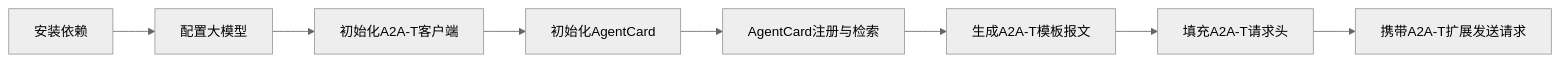
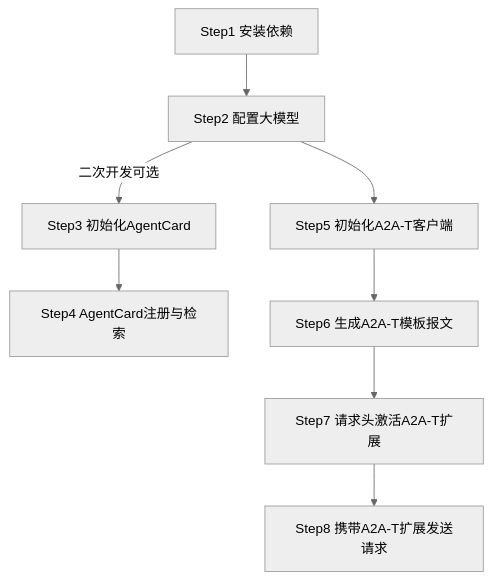
Before and after one commit to project-openan/a2a-t-sdk-python: the third of 4 diagrams in docs/zh/开发指南.md, drawn with Mermaid (neutral theme). The commit also changed other lines of this file and 22 other files, not shown here.

````diff
--- a/docs/zh/开发指南.md
+++ b/docs/zh/开发指南.md
@@ -342,4 +252,17 @@
 ```mermaid
-flowchart LR
-    安装依赖 --> 配置大模型 --> 初始化A2A-T客户端  --> 初始化AgentCard --> AgentCard注册与检索 --> 生成A2A-T模板报文 --> 填充A2A-T请求头 --> 携带A2A-T扩展发送请求
+flowchart TD
+        Step1["Step1 安装依赖"] -->
+        Step2["Step2 配置大模型"]
+        
+    Step2 -- 二次开发可选 --> Step3
+    
+        Step3["Step3 初始化AgentCard"] -->
+        Step4["Step4 AgentCard注册与检索"]
+        
+    Step2 --> Step5
+    
+        Step5["Step5 初始化A2A-T客户端"] -->
+        Step6["Step6 生成A2A-T模板报文"] -->
+        Step7["Step7 请求头激活A2A-T扩展"] -->
+        Step8["Step8 携带A2A-T扩展发送请求"]
 ```
````
